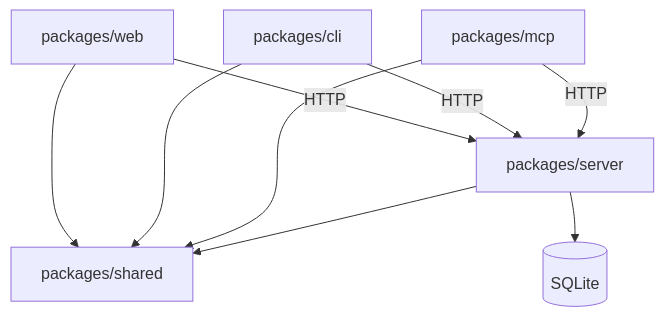
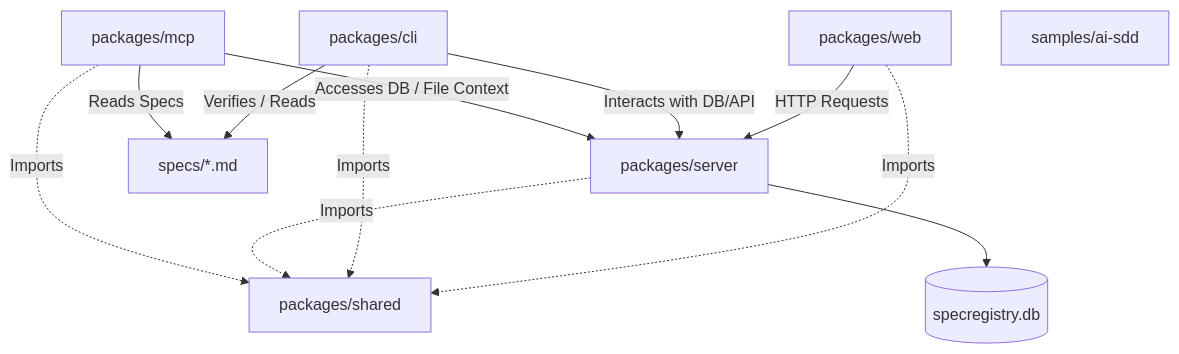
Before and after one commit to joeldg/SpecRegistry: the diagram in specs/STRUCTURE.md, drawn with Mermaid. The commit also changed other lines of this file and 21 other files, not shown here.

````diff
--- a/specs/STRUCTURE.md
+++ b/specs/STRUCTURE.md
@@ -129,11 +102,32 @@
 ```mermaid
-flowchart TD
-  Web["packages/web"] --> Shared["packages/shared"]
-  CLI["packages/cli"] --> Shared
-  MCP["packages/mcp"] --> Shared
-  Server["packages/server"] --> Shared
-  Web -->|"HTTP"| Server
-  CLI -->|"HTTP"| Server
-  MCP -->|"HTTP"| Server
-  Server --> DB[("SQLite")]
+graph TD
+    %% Execution Layer
+    Web[packages/web]
+    CLI[packages/cli]
+    MCP[packages/mcp]
+    Server[packages/server]
+    Shared[packages/shared]
+
+    %% Persistent Layer
+    DB[(specregistry.db)]
+
+    %% File Inputs
+    Specs[specs/*.md]
+    Samples[samples/ai-sdd]
+
+    %% Dependencies
+    Web -->|HTTP Requests| Server
+    CLI -->|Verifies / Reads| Specs
+    CLI -->|Interacts with DB/API| Server
+    MCP -->|Accesses DB / File Context| Server
+    MCP -->|Reads Specs| Specs
+
+    %% Shared module bounds
+    Web -.->|Imports| Shared
+    CLI -.->|Imports| Shared
+    Server -.->|Imports| Shared
+    MCP -.->|Imports| Shared
+
+    %% Database bindings
+    Server --> DB
 ```
````
